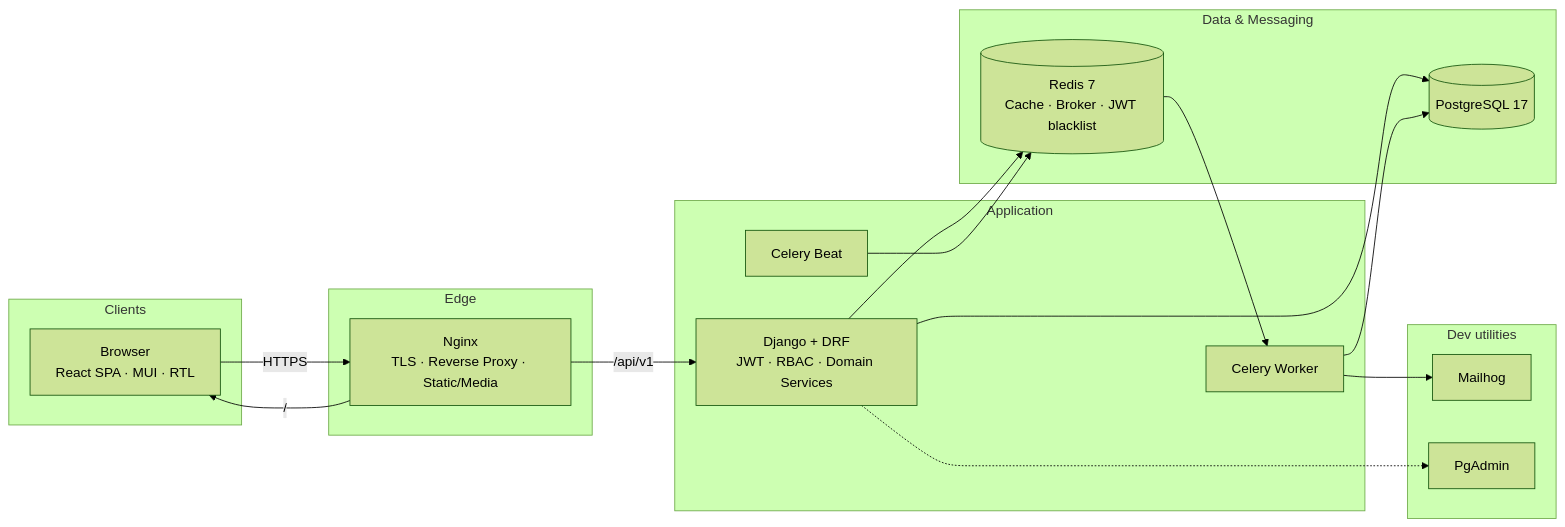
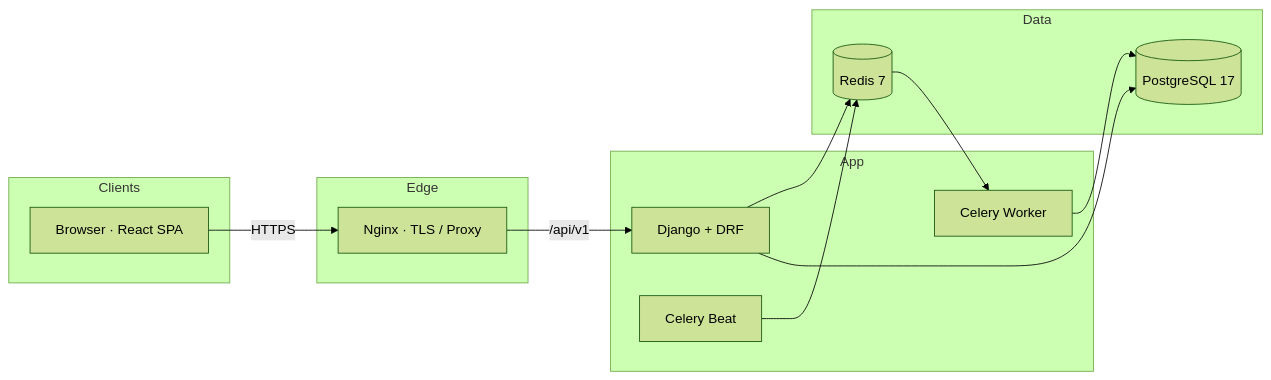
The second of 4 diagrams in README.md (MehrabGholami/Panah), drawn with Mermaid (forest theme) before and after one commit. The commit also changed other lines of this file and 1 other file, not shown here.

Commit message:
Enrich README with C4 diagrams, layered architecture, and brand mark.

````diff
--- a/README.md
+++ b/README.md
@@ -116,37 +125,26 @@
 ```mermaid
 flowchart LR
-    subgraph Clients["Clients"]
-        B["Browser<br/>React SPA · MUI · RTL"]
+    subgraph Clients
+        B["Browser · React SPA"]
     end
-
-    subgraph Edge["Edge"]
-        N["Nginx<br/>TLS · Reverse Proxy · Static/Media"]
+    subgraph Edge
+        N["Nginx · TLS / Proxy"]
     end
-
-    subgraph App["Application"]
-        API["Django + DRF<br/>JWT · RBAC · Domain Services"]
+    subgraph App
+        API["Django + DRF"]
         W["Celery Worker"]
         Beat["Celery Beat"]
     end
-
-    subgraph Data["Data & Messaging"]
+    subgraph Data
         PG[(PostgreSQL 17)]
-        RD[(Redis 7<br/>Cache · Broker · JWT blacklist)]
-    end
-
-    subgraph Dev["Dev utilities"]
-        MH["Mailhog"]
-        PGA["PgAdmin"]
+        RD[(Redis 7)]
     end
 
     B -->|HTTPS| N
-    N -->|/ | B
     N -->|/api/v1| API
     API --> PG
     API --> RD
     Beat --> RD
     RD --> W
     W --> PG
-    W --> MH
-    API -.-> PGA
 ```
````
